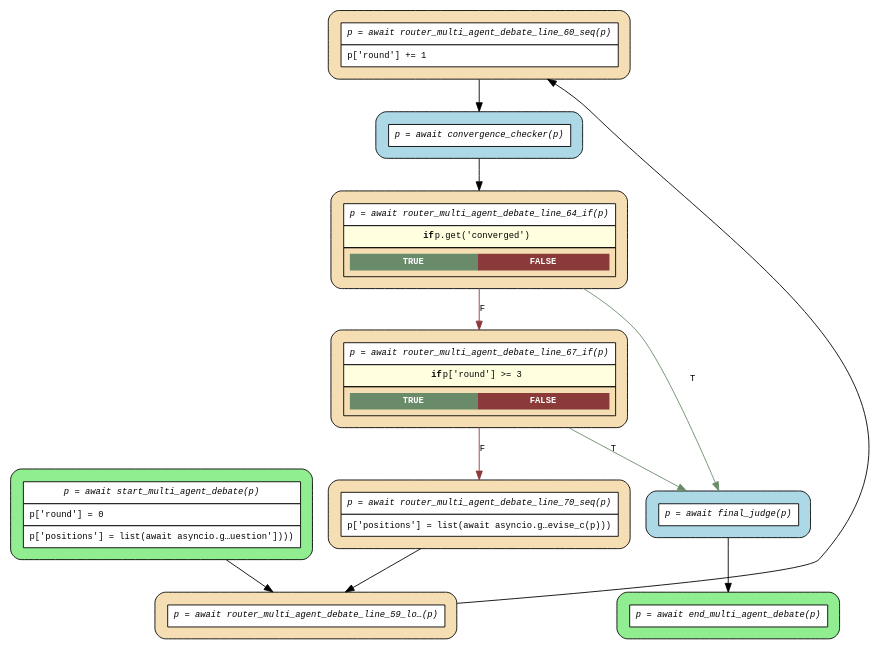
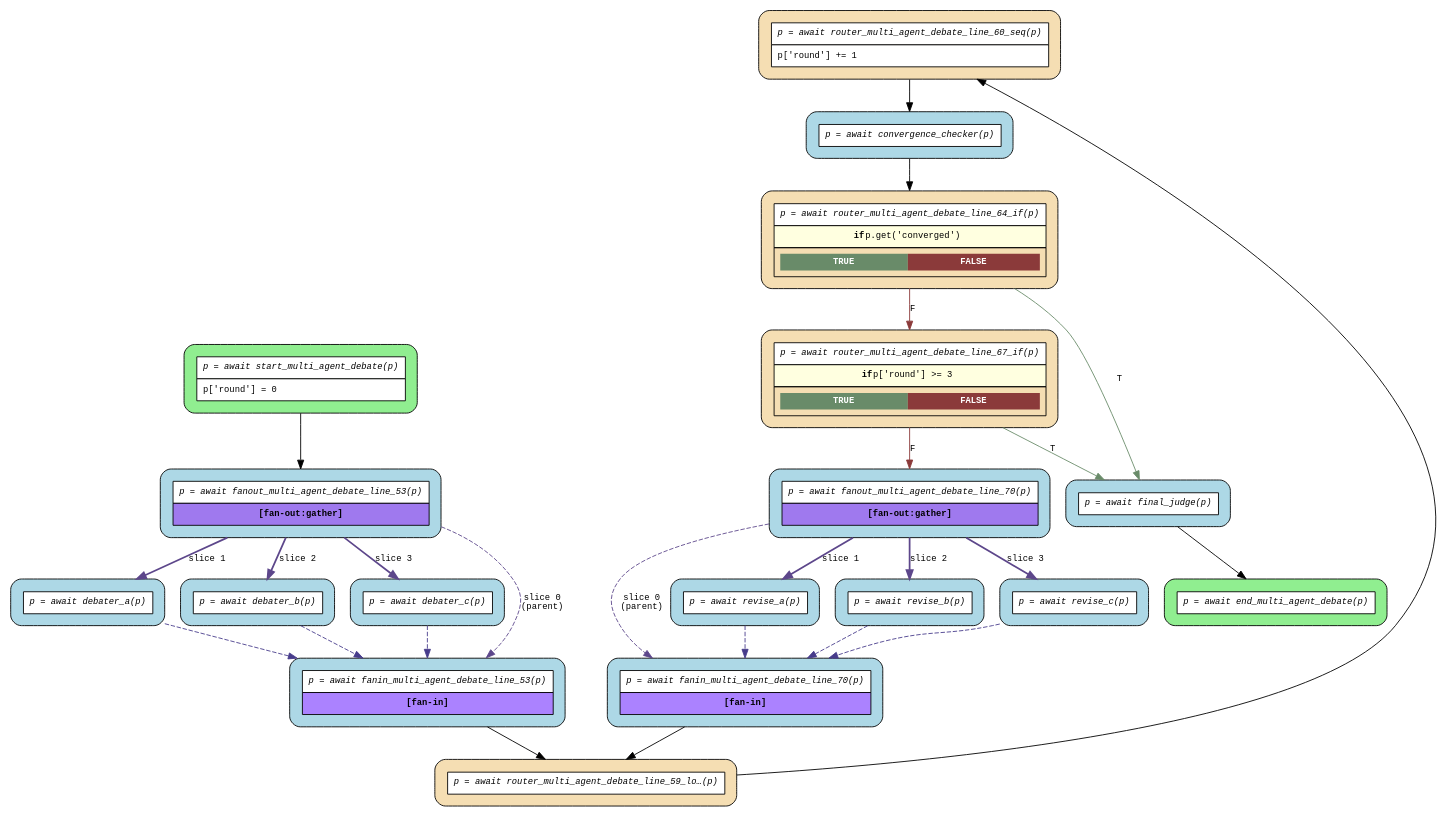
One commit to deliveryhero/asya changed the diagram in examples/flows/agentic/compiled/multi_agent_debate/flow.dot. Above: the diagram before and after it, drawn with Graphviz. The commit also changed 84 other files, not shown here.

First line of the commit message:
fix(compiler): include agentic flows in pre-commit recompilation and support starred list comprehension in gather [36g4]

```diff
--- a/examples/flows/agentic/compiled/multi_agent_debate/flow.dot
+++ b/examples/flows/agentic/compiled/multi_agent_debate/flow.dot
@@ -1,27 +1,51 @@
 digraph flow {
   rankdir=TB;
   graph [fontname="Courier", fontsize=10];
   node [fontname="Courier", fontsize=10, shape=box, style="filled,rounded", margin="0.2"];
   edge [fontname="Courier", fontsize=10];
 
-  start_multi_agent_debate [fillcolor="lightgreen", group="main", label=<<table border="0" cellspacing="0" cellpadding="6" cellborder="1"><tr><td bgcolor="white" align="center"><i>p = await start_multi_agent_debate(p)</i></td></tr><tr><td bgcolor="white" align="left">p['round'] = 0</td></tr><tr><td bgcolor="white" align="left">p['positions'] = list(await asyncio.g…uestion'])))</td></tr></table>>];
-  router_multi_agent_debate_line_70_seq [fillcolor="wheat", group="main", label=<<table border="0" cellspacing="0" cellpadding="6" cellborder="1"><tr><td bgcolor="white" align="center"><i>p = await router_multi_agent_debate_line_70_seq(p)</i></td></tr><tr><td bgcolor="white" align="left">p['positions'] = list(await asyncio.g…evise_c(p)))</td></tr></table>>];
+  start_multi_agent_debate [fillcolor="lightgreen", group="main", label=<<table border="0" cellspacing="0" cellpadding="6" cellborder="1"><tr><td bgcolor="white" align="center"><i>p = await start_multi_agent_debate(p)</i></td></tr><tr><td bgcolor="white" align="left">p['round'] = 0</td></tr></table>>];
+  fanout_multi_agent_debate_line_70 [fillcolor="lightblue", group="main", label=<<table border="0" cellspacing="0" cellpadding="6" cellborder="1"><tr><td bgcolor="white" align="center"><i>p = await fanout_multi_agent_debate_line_70(p)</i></td></tr><tr><td bgcolor="mediumpurple2" align="center"><b>[fan-out:gather]</b></td></tr></table>>];
   router_multi_agent_debate_line_67_if [fillcolor="wheat", group="main", label=<<table border="0" cellspacing="0" cellpadding="6" cellborder="1"><tr><td bgcolor="white" align="center"><i>p = await router_multi_agent_debate_line_67_if(p)</i></td></tr><tr><td bgcolor="lightyellow"><b>if</b> p['round'] &gt;= 3</td></tr><tr><td><table border="0" cellspacing="0" cellpadding="4"><tr><td bgcolor="darkseagreen4"><font color="white"><b>TRUE</b></font></td><td bgcolor="indianred4"><font color="white"><b>FALSE</b></font></td></tr></table></td></tr></table>>];
   router_multi_agent_debate_line_64_if [fillcolor="wheat", group="main", label=<<table border="0" cellspacing="0" cellpadding="6" cellborder="1"><tr><td bgcolor="white" align="center"><i>p = await router_multi_agent_debate_line_64_if(p)</i></td></tr><tr><td bgcolor="lightyellow"><b>if</b> p.get('converged')</td></tr><tr><td><table border="0" cellspacing="0" cellpadding="4"><tr><td bgcolor="darkseagreen4"><font color="white"><b>TRUE</b></font></td><td bgcolor="indianred4"><font color="white"><b>FALSE</b></font></td></tr></table></td></tr></table>>];
   router_multi_agent_debate_line_60_seq [fillcolor="wheat", group="main", label=<<table border="0" cellspacing="0" cellpadding="6" cellborder="1"><tr><td bgcolor="white" align="center"><i>p = await router_multi_agent_debate_line_60_seq(p)</i></td></tr><tr><td bgcolor="white" align="left">p['round'] += 1</td></tr></table>>];
   router_multi_agent_debate_line_59_loop_back_0 [fillcolor="wheat", group="main", label=<<table border="0" cellspacing="0" cellpadding="6" cellborder="1"><tr><td bgcolor="white" align="center"><i>p = await router_multi_agent_debate_line_59_lo…(p)</i></td></tr></table>>];
+  fanout_multi_agent_debate_line_53 [fillcolor="lightblue", group="main", label=<<table border="0" cellspacing="0" cellpadding="6" cellborder="1"><tr><td bgcolor="white" align="center"><i>p = await fanout_multi_agent_debate_line_53(p)</i></td></tr><tr><td bgcolor="mediumpurple2" align="center"><b>[fan-out:gather]</b></td></tr></table>>];
   end_multi_agent_debate [fillcolor="lightgreen", group="main", label=<<table border="0" cellspacing="0" cellpadding="6" cellborder="1"><tr><td bgcolor="white" align="center"><i>p = await end_multi_agent_debate(p)</i></td></tr></table>>];
   convergence_checker [fillcolor="lightblue", label=<<table border="0" cellspacing="0" cellpadding="6" cellborder="1"><tr><td bgcolor="white" align="center"><i>p = await convergence_checker(p)</i></td></tr></table>>];
+  debater_a [fillcolor="lightblue", label=<<table border="0" cellspacing="0" cellpadding="6" cellborder="1"><tr><td bgcolor="white" align="center"><i>p = await debater_a(p)</i></td></tr></table>>];
+  debater_b [fillcolor="lightblue", label=<<table border="0" cellspacing="0" cellpadding="6" cellborder="1"><tr><td bgcolor="white" align="center"><i>p = await debater_b(p)</i></td></tr></table>>];
+  debater_c [fillcolor="lightblue", label=<<table border="0" cellspacing="0" cellpadding="6" cellborder="1"><tr><td bgcolor="white" align="center"><i>p = await debater_c(p)</i></td></tr></table>>];
+  fanin_multi_agent_debate_line_53 [fillcolor="lightblue", label=<<table border="0" cellspacing="0" cellpadding="6" cellborder="1"><tr><td bgcolor="white" align="center"><i>p = await fanin_multi_agent_debate_line_53(p)</i></td></tr><tr><td bgcolor="mediumpurple1" align="center"><b>[fan-in]</b></td></tr></table>>];
+  fanin_multi_agent_debate_line_70 [fillcolor="lightblue", label=<<table border="0" cellspacing="0" cellpadding="6" cellborder="1"><tr><td bgcolor="white" align="center"><i>p = await fanin_multi_agent_debate_line_70(p)</i></td></tr><tr><td bgcolor="mediumpurple1" align="center"><b>[fan-in]</b></td></tr></table>>];
   final_judge [fillcolor="lightblue", label=<<table border="0" cellspacing="0" cellpadding="6" cellborder="1"><tr><td bgcolor="white" align="center"><i>p = await final_judge(p)</i></td></tr></table>>];
+  revise_a [fillcolor="lightblue", label=<<table border="0" cellspacing="0" cellpadding="6" cellborder="1"><tr><td bgcolor="white" align="center"><i>p = await revise_a(p)</i></td></tr></table>>];
+  revise_b [fillcolor="lightblue", label=<<table border="0" cellspacing="0" cellpadding="6" cellborder="1"><tr><td bgcolor="white" align="center"><i>p = await revise_b(p)</i></td></tr></table>>];
+  revise_c [fillcolor="lightblue", label=<<table border="0" cellspacing="0" cellpadding="6" cellborder="1"><tr><td bgcolor="white" align="center"><i>p = await revise_c(p)</i></td></tr></table>>];
 
   convergence_checker -> router_multi_agent_debate_line_64_if;
+  debater_a -> fanin_multi_agent_debate_line_53 [color=slateblue4, style=dashed];
+  debater_b -> fanin_multi_agent_debate_line_53 [color=slateblue4, style=dashed];
+  debater_c -> fanin_multi_agent_debate_line_53 [color=slateblue4, style=dashed];
+  fanin_multi_agent_debate_line_53 -> router_multi_agent_debate_line_59_loop_back_0;
+  fanin_multi_agent_debate_line_70 -> router_multi_agent_debate_line_59_loop_back_0;
+  fanout_multi_agent_debate_line_53 -> debater_a [color=mediumpurple4, label="slice 1", style=bold];
+  fanout_multi_agent_debate_line_53 -> debater_b [color=mediumpurple4, label="slice 2", style=bold];
+  fanout_multi_agent_debate_line_53 -> debater_c [color=mediumpurple4, label="slice 3", style=bold];
+  fanout_multi_agent_debate_line_53 -> fanin_multi_agent_debate_line_53 [color=mediumpurple4, label="slice 0\n(parent)", style=dashed];
+  fanout_multi_agent_debate_line_70 -> fanin_multi_agent_debate_line_70 [color=mediumpurple4, label="slice 0\n(parent)", style=dashed];
+  fanout_multi_agent_debate_line_70 -> revise_a [color=mediumpurple4, label="slice 1", style=bold];
+  fanout_multi_agent_debate_line_70 -> revise_b [color=mediumpurple4, label="slice 2", style=bold];
+  fanout_multi_agent_debate_line_70 -> revise_c [color=mediumpurple4, label="slice 3", style=bold];
   final_judge -> end_multi_agent_debate;
+  revise_a -> fanin_multi_agent_debate_line_70 [color=slateblue4, style=dashed];
+  revise_b -> fanin_multi_agent_debate_line_70 [color=slateblue4, style=dashed];
+  revise_c -> fanin_multi_agent_debate_line_70 [color=slateblue4, style=dashed];
   router_multi_agent_debate_line_59_loop_back_0 -> router_multi_agent_debate_line_60_seq [constraint=false];
   router_multi_agent_debate_line_60_seq -> convergence_checker;
   router_multi_agent_debate_line_64_if -> final_judge [label="T", color=darkseagreen4];
   router_multi_agent_debate_line_64_if -> router_multi_agent_debate_line_67_if [label="F", color=indianred4];
+  router_multi_agent_debate_line_67_if -> fanout_multi_agent_debate_line_70 [label="F", color=indianred4];
   router_multi_agent_debate_line_67_if -> final_judge [label="T", color=darkseagreen4];
-  router_multi_agent_debate_line_67_if -> router_multi_agent_debate_line_70_seq [label="F", color=indianred4];
-  router_multi_agent_debate_line_70_seq -> router_multi_agent_debate_line_59_loop_back_0;
-  start_multi_agent_debate -> router_multi_agent_debate_line_59_loop_back_0;
+  start_multi_agent_debate -> fanout_multi_agent_debate_line_53;
 }
```
